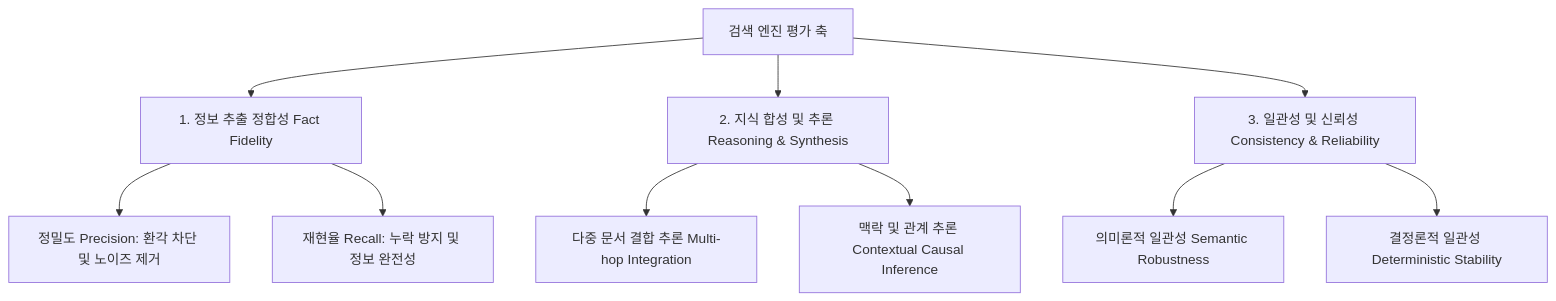
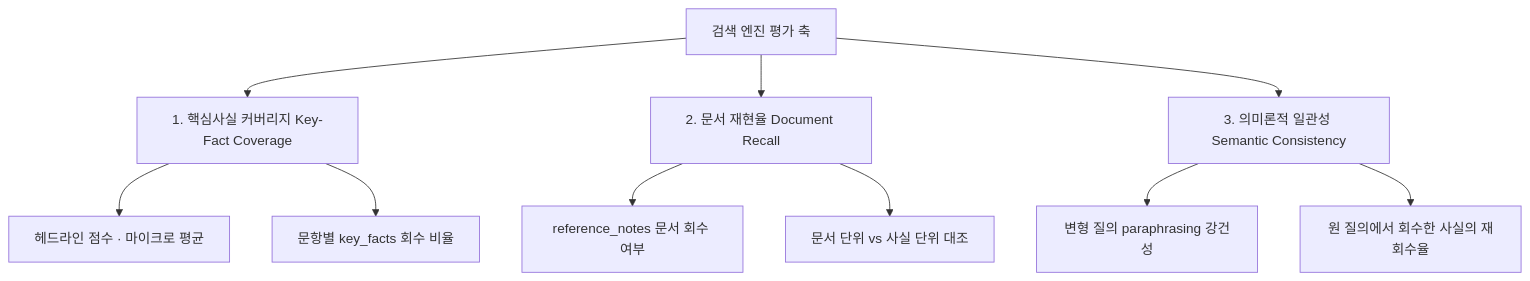
Before and after one commit to JeGwan/second-brain-search-benchmark: the diagram in README.md, drawn with Mermaid. The commit also changed other lines of this file and 4 other files, not shown here.

````diff
--- a/README.md
+++ b/README.md
@@ -79,15 +71,15 @@
 ```mermaid
 graph TD
-    A[검색 엔진 평가 축] --> B[1. 정보 추출 정합성 Fact Fidelity]
-    A --> C[2. 지식 합성 및 추론 Reasoning & Synthesis]
-    A --> D[3. 일관성 및 신뢰성 Consistency & Reliability]
+    A[검색 엔진 평가 축] --> B[1. 핵심사실 커버리지 Key-Fact Coverage]
+    A --> C[2. 문서 재현율 Document Recall]
+    A --> D[3. 의미론적 일관성 Semantic Consistency]
 
-    B --> B1[정밀도 Precision: 환각 차단 및 노이즈 제거]
-    B --> B2[재현율 Recall: 누락 방지 및 정보 완전성]
+    B --> B1[헤드라인 점수 · 마이크로 평균]
+    B --> B2[문항별 key_facts 회수 비율]
 
-    C --> C1[다중 문서 결합 추론 Multi-hop Integration]
-    C --> C2[맥락 및 관계 추론 Contextual Causal Inference]
+    C --> C1[reference_notes 문서 회수 여부]
+    C --> C2[문서 단위 vs 사실 단위 대조]
 
-    D --> D1[의미론적 일관성 Semantic Robustness]
-    D --> D2[결정론적 일관성 Deterministic Stability]
+    D --> D1[변형 질의 paraphrasing 강건성]
+    D --> D2[원 질의에서 회수한 사실의 재회수율]
 ```
````
